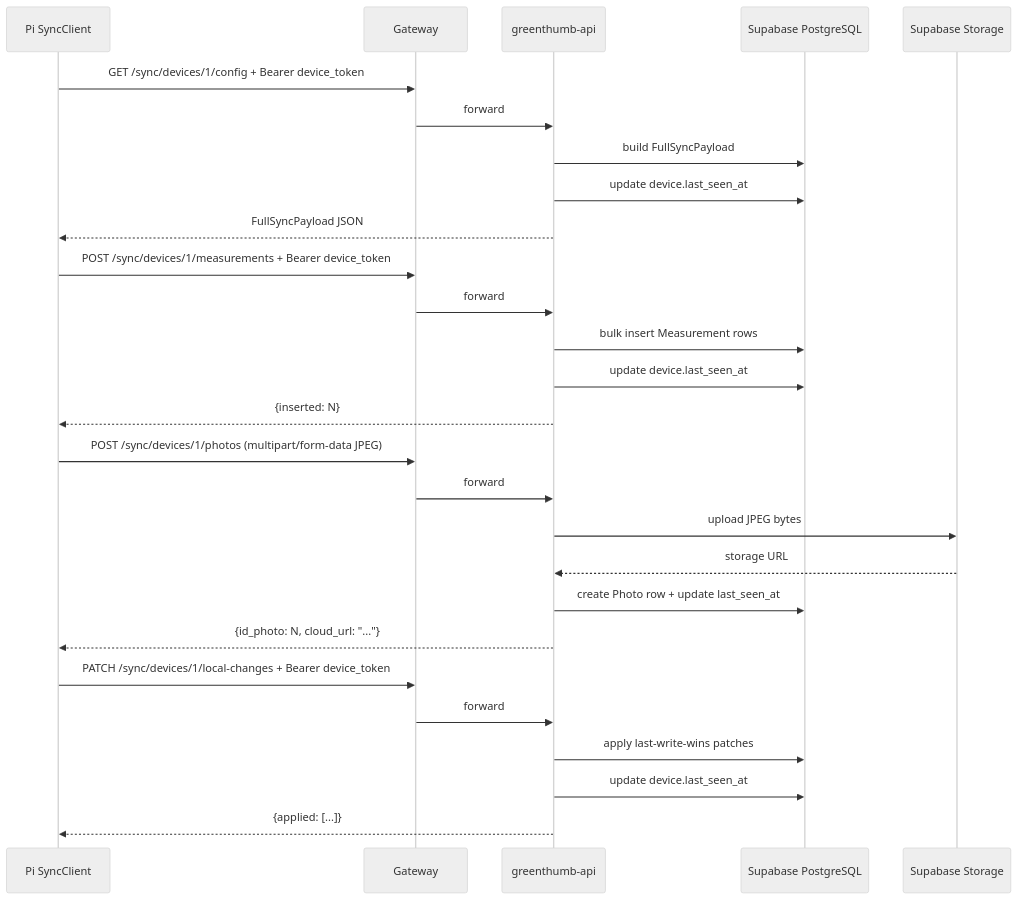
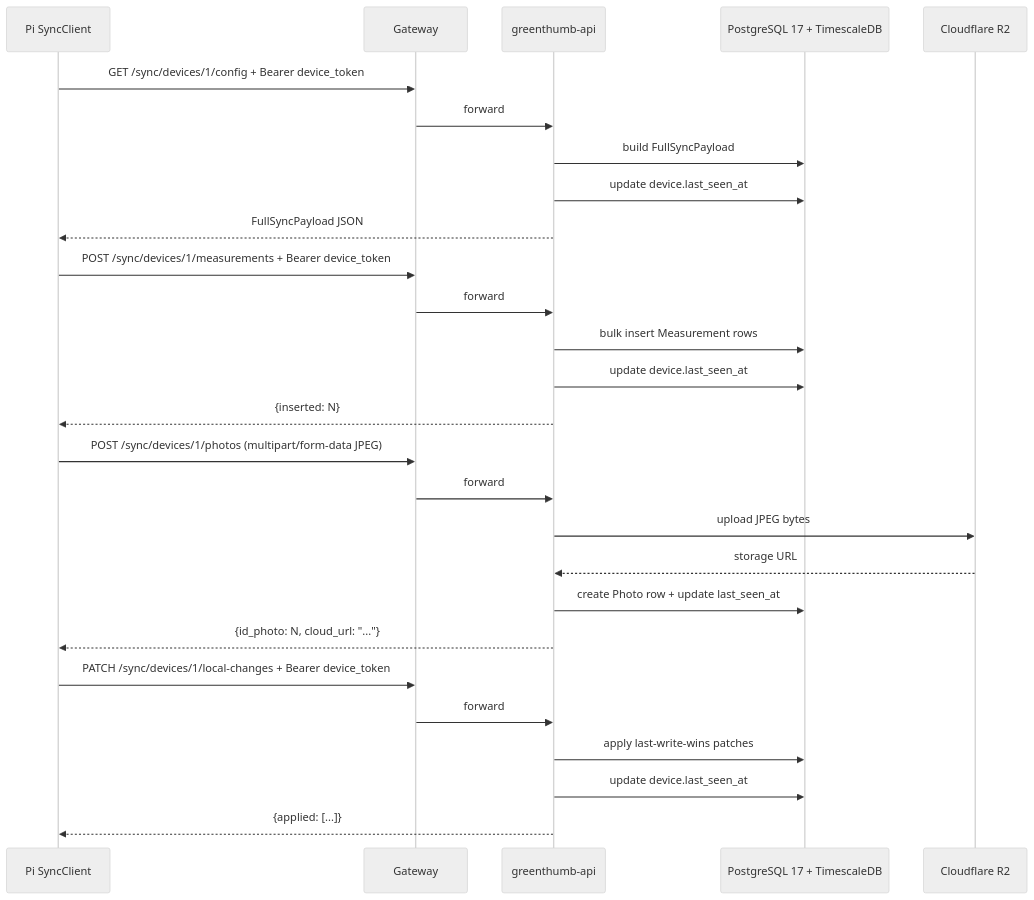
Before and after one commit to GreenThumbProject/docs: the second of 2 diagrams in docs/components/cloud.md, drawn with Mermaid (neutral theme). The commit also changed other lines of this file and 15 other files, not shown here.

````diff
--- a/docs/components/cloud.md
+++ b/docs/components/cloud.md
@@ -108,33 +108,33 @@
 ```mermaid
 sequenceDiagram
     participant Pi as Pi SyncClient
     participant GW as Gateway
     participant API as greenthumb-api
-    participant DB as Supabase PostgreSQL
-    participant SUPA as Supabase Storage
+    participant DB as PostgreSQL 17 + TimescaleDB
+    participant SUPA as Cloudflare R2
 
     Pi->>GW: GET /sync/devices/1/config + Bearer device_token
     GW->>API: forward
     API->>DB: build FullSyncPayload
     API->>DB: update device.last_seen_at
     API-->>Pi: FullSyncPayload JSON
 
     Pi->>GW: POST /sync/devices/1/measurements + Bearer device_token
     GW->>API: forward
     API->>DB: bulk insert Measurement rows
     API->>DB: update device.last_seen_at
     API-->>Pi: {inserted: N}
 
     Pi->>GW: POST /sync/devices/1/photos (multipart/form-data JPEG)
     GW->>API: forward
     API->>SUPA: upload JPEG bytes
     SUPA-->>API: storage URL
     API->>DB: create Photo row + update last_seen_at
     API-->>Pi: {id_photo: N, cloud_url: "..."}
 
     Pi->>GW: PATCH /sync/devices/1/local-changes + Bearer device_token
     GW->>API: forward
     API->>DB: apply last-write-wins patches
     API->>DB: update device.last_seen_at
     API-->>Pi: {applied: [...]}
 ```
````
